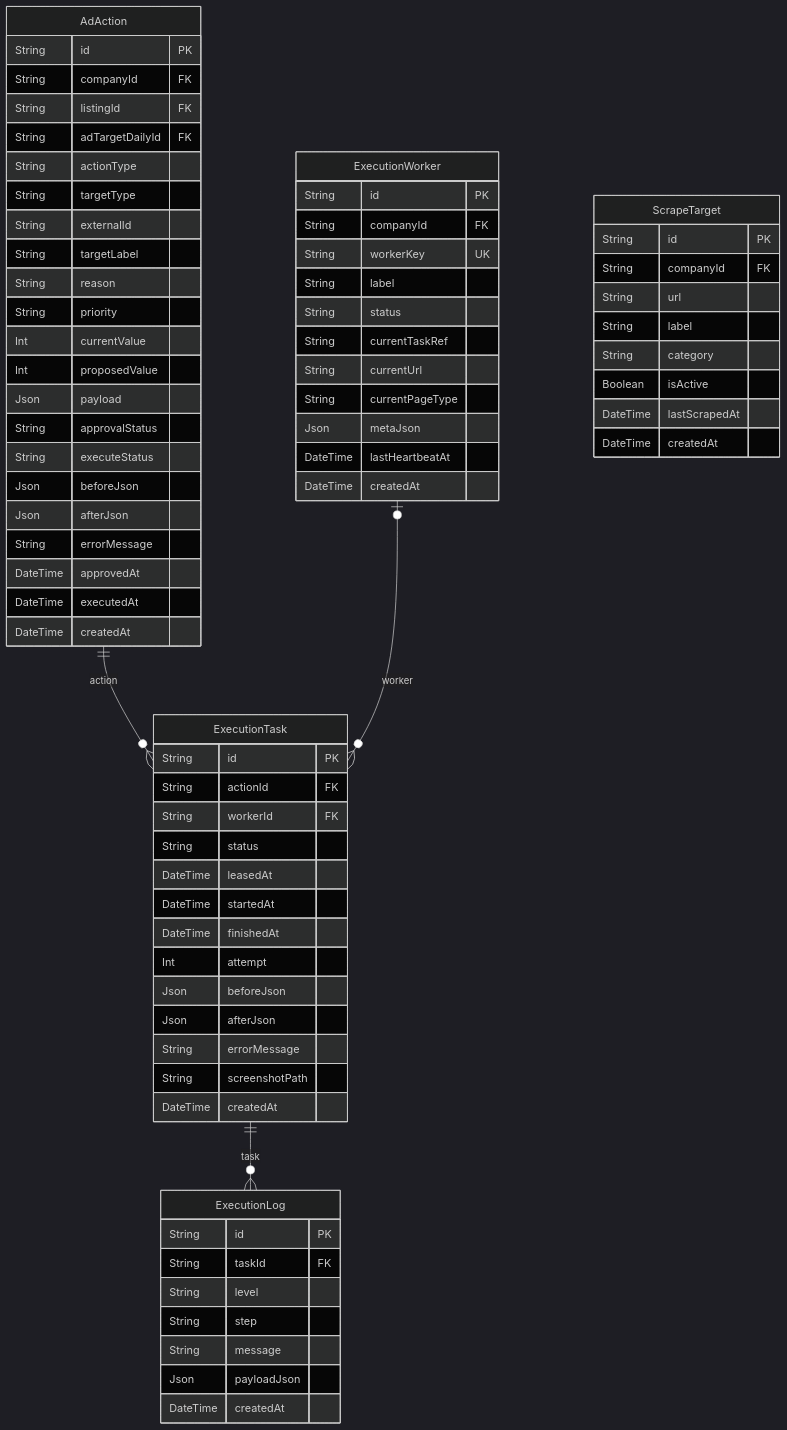
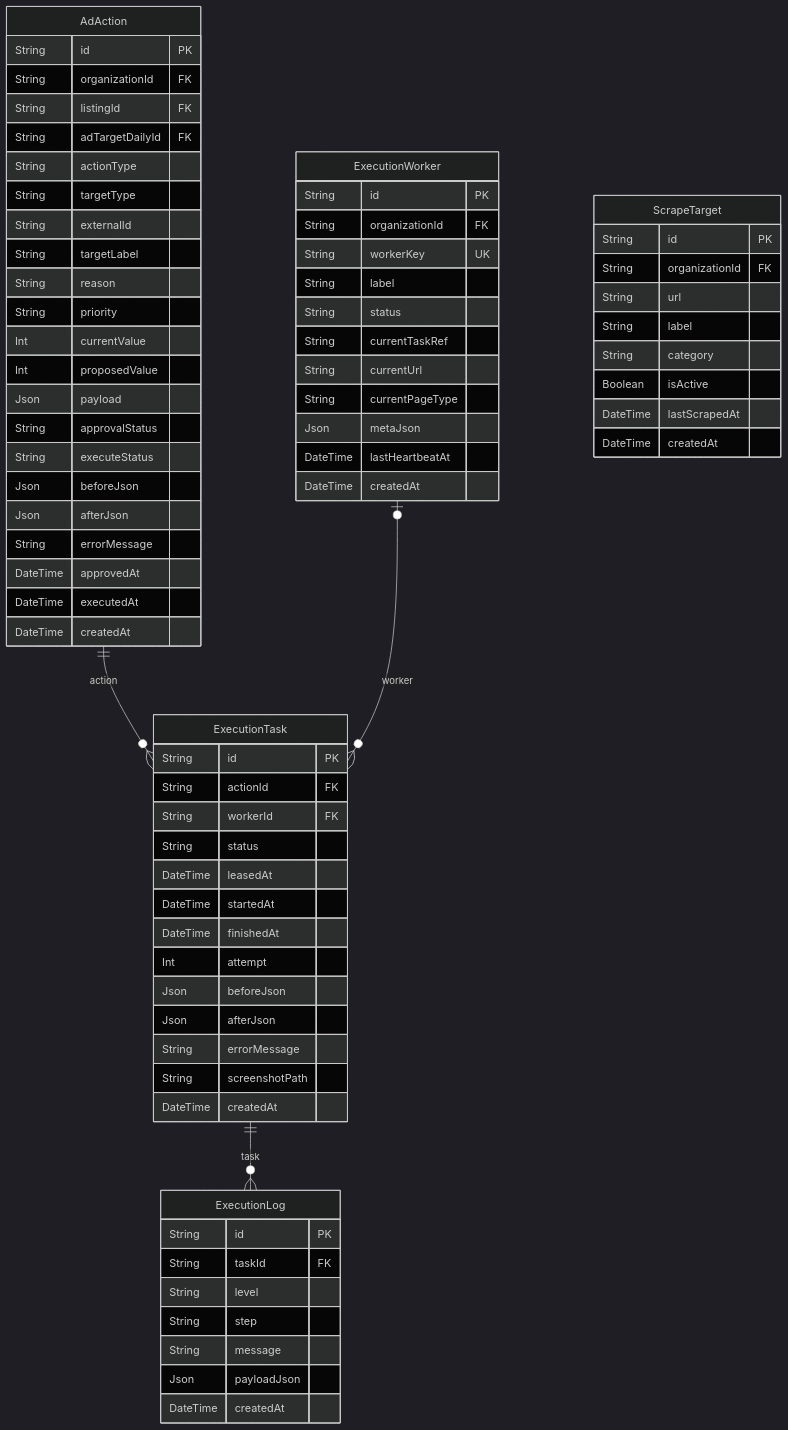
Before and after one commit to AgentFoundry-Labs/kiditem: the diagram in docs/erd/advertising.md, drawn with Mermaid (dark theme). The commit also changed other lines of this file and 531 other files, not shown here.

````diff
--- a/docs/erd/advertising.md
+++ b/docs/erd/advertising.md
@@ -20,76 +20,76 @@
 ```mermaid
 erDiagram
   AdAction {
     String id PK
-    String companyId FK
+    String organizationId FK
     String listingId FK
     String adTargetDailyId FK
     String actionType
     String targetType
     String externalId
     String targetLabel
     String reason
     String priority
     Int currentValue
     Int proposedValue
     Json payload
     String approvalStatus
     String executeStatus
     Json beforeJson
     Json afterJson
     String errorMessage
     DateTime approvedAt
     DateTime executedAt
     DateTime createdAt
   }
   ExecutionLog {
     String id PK
     String taskId FK
     String level
     String step
     String message
     Json payloadJson
     DateTime createdAt
   }
   ExecutionTask {
     String id PK
     String actionId FK
     String workerId FK
     String status
     DateTime leasedAt
     DateTime startedAt
     DateTime finishedAt
     Int attempt
     Json beforeJson
     Json afterJson
     String errorMessage
     String screenshotPath
     DateTime createdAt
   }
   ExecutionWorker {
     String id PK
-    String companyId FK
+    String organizationId FK
     String workerKey UK
     String label
     String status
     String currentTaskRef
     String currentUrl
     String currentPageType
     Json metaJson
     DateTime lastHeartbeatAt
     DateTime createdAt
   }
   ScrapeTarget {
     String id PK
-    String companyId FK
+    String organizationId FK
     String url
     String label
     String category
     Boolean isActive
     DateTime lastScrapedAt
     DateTime createdAt
   }
   AdAction ||--o{ ExecutionTask : "action"
   ExecutionTask ||--o{ ExecutionLog : "task"
   ExecutionWorker o|--o{ ExecutionTask : "worker"
 ```
````
